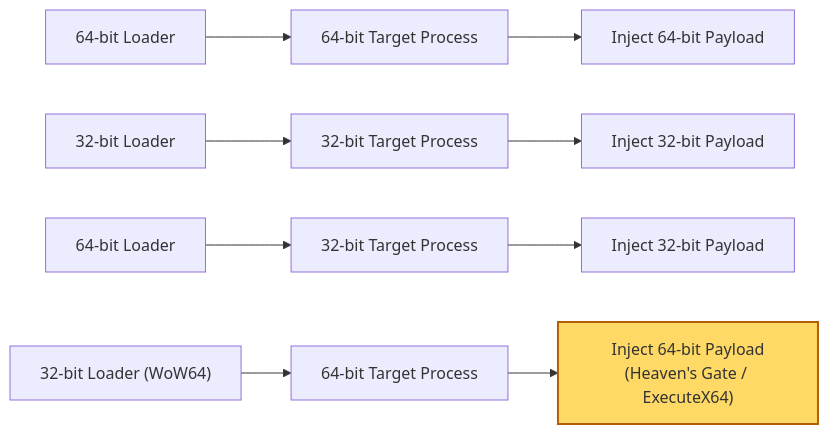
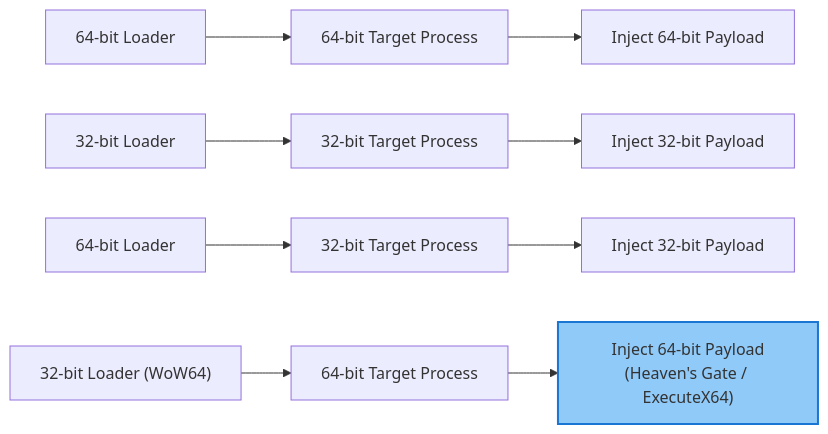
Before and after one commit to adolfcna/ATTvDEF: the diagram in content/Resource Development/Malware/Process Injection/Shellcode Injection/Heaven's Gate/Heaven's Gate.md, drawn with Mermaid. The commit also changed other lines of this file, not shown here.

````diff
--- a/content/Resource Development/Malware/Process Injection/Shellcode Injection/Heaven's Gate/Heaven's Gate.md
+++ b/content/Resource Development/Malware/Process Injection/Shellcode Injection/Heaven's Gate/Heaven's Gate.md
@@ -4,17 +12,17 @@
 ```mermaid
 flowchart LR
 
     A["64-bit Loader"] --> B["64-bit Target Process"]
     B --> C["Inject 64-bit Payload"]
 
     D["32-bit Loader"] --> E["32-bit Target Process"]
     E --> F["Inject 32-bit Payload"]
 
     G["64-bit Loader"] --> H["32-bit Target Process"]
     H --> I["Inject 32-bit Payload"]
 
     J["32-bit Loader (WoW64)"] --> K["64-bit Target Process"]
     K --> L["Inject 64-bit Payload<br/>(Heaven's Gate / ExecuteX64)"]
 
-    style L fill:#ffd966,stroke:#b45f06,stroke-width:2px
+    style L fill:#90CAF9,stroke:#1976D2,stroke-width:2px
 ```
````
